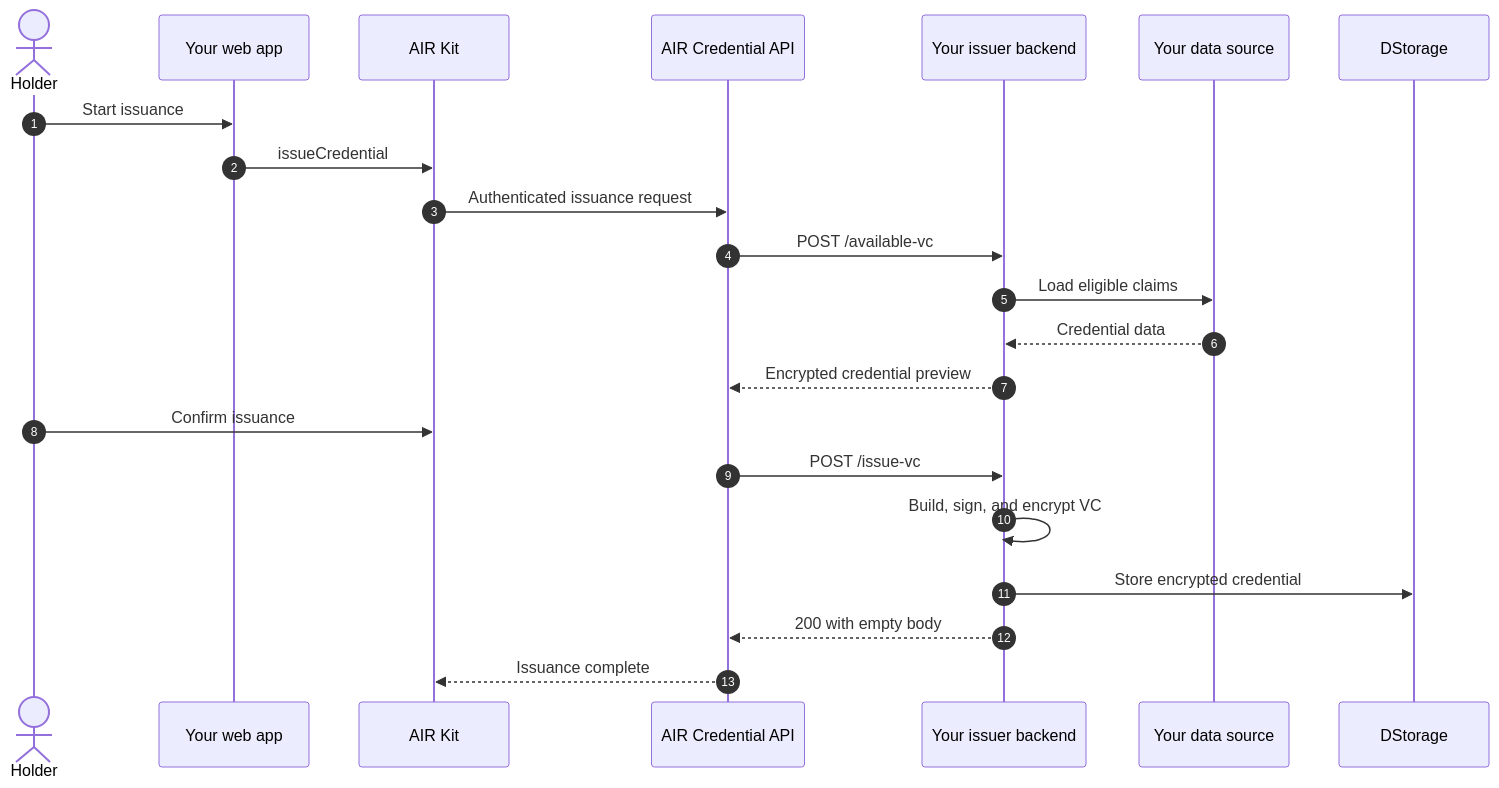
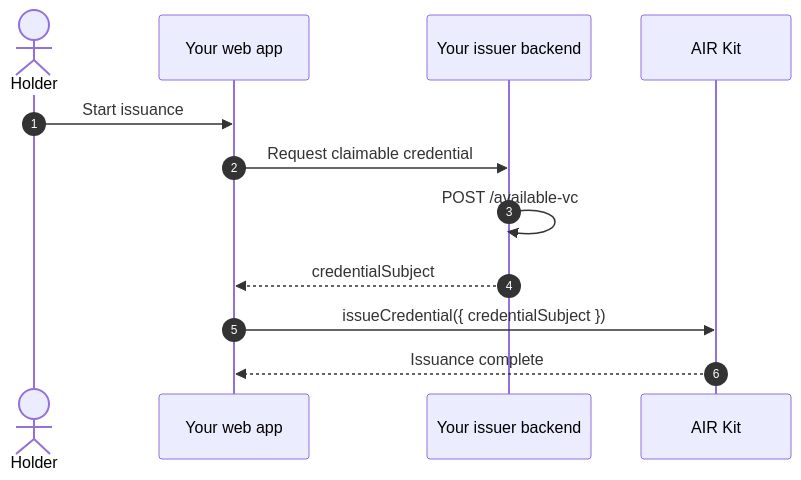
Before and after one commit to MocaNetwork/docs: the diagram in airkit/quickstart/issue-credentials.mdx, drawn with Mermaid. The commit also changed other lines of this file and 31 other files, not shown here.

````diff
--- a/airkit/quickstart/issue-credentials.mdx
+++ b/airkit/quickstart/issue-credentials.mdx
@@ -77,24 +77,14 @@
 ```mermaid
 sequenceDiagram
     autonumber
     actor Holder
     participant App as Your web app
+    participant Backend as Your issuer backend
     participant SDK as AIR Kit
-    participant AIR as AIR Credential API
-    participant Issuer as Your issuer backend
-    participant Store as Your data source
-    participant DS as DStorage
     Holder->>App: Start issuance
-    App->>SDK: issueCredential
-    SDK->>AIR: Authenticated issuance request
-    AIR->>Issuer: POST /available-vc
-    Issuer->>Store: Load eligible claims
-    Store-->>Issuer: Credential data
-    Issuer-->>AIR: Encrypted credential preview
-    Holder->>SDK: Confirm issuance
-    AIR->>Issuer: POST /issue-vc
-    Issuer->>Issuer: Build, sign, and encrypt VC
-    Issuer->>DS: Store encrypted credential
-    Issuer-->>AIR: 200 with empty body
-    AIR-->>SDK: Issuance complete
+    App->>Backend: Request claimable credential
+    Backend->>Backend: POST /available-vc
+    Backend-->>App: credentialSubject
+    App->>SDK: issueCredential({ credentialSubject })
+    SDK-->>App: Issuance complete
 ```
````
